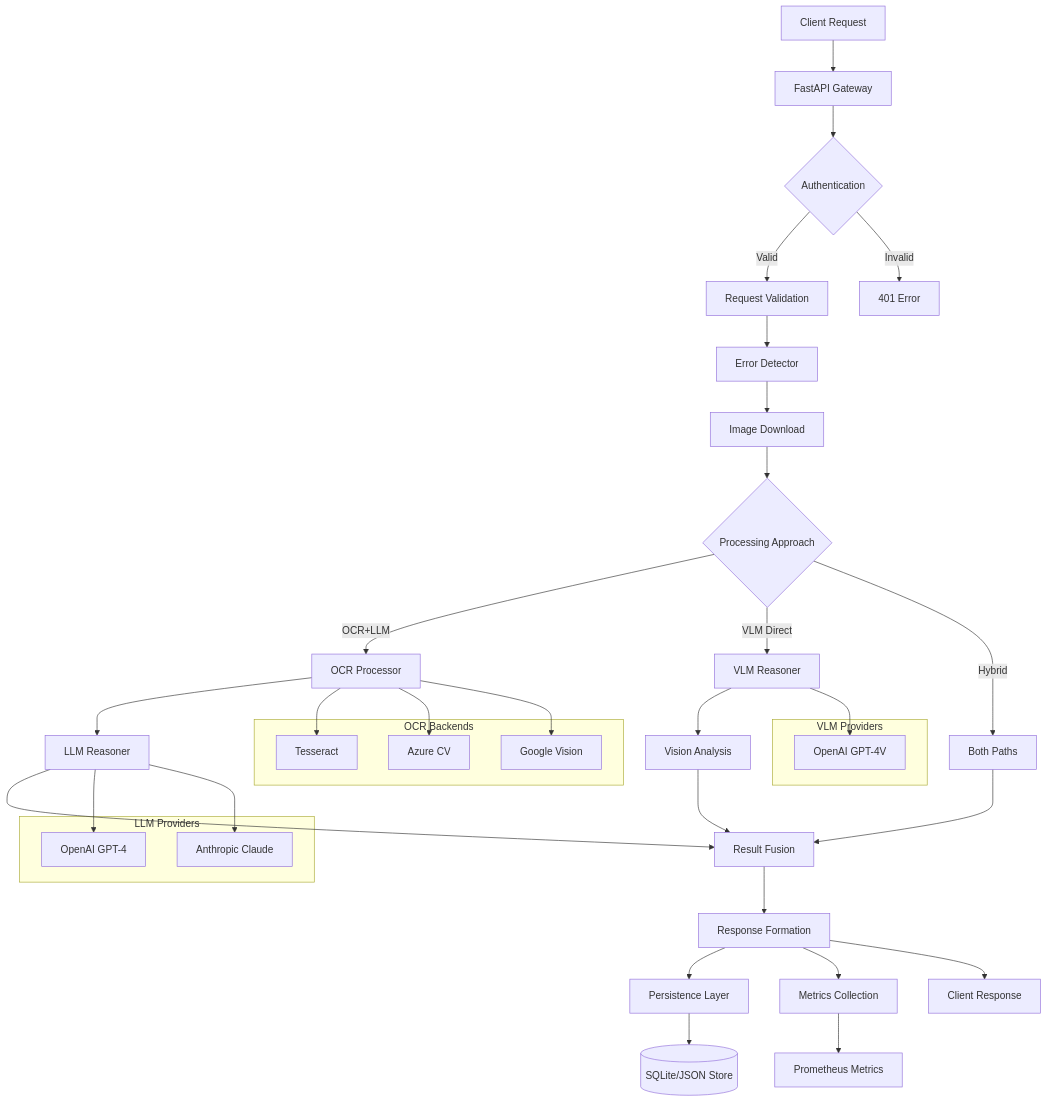
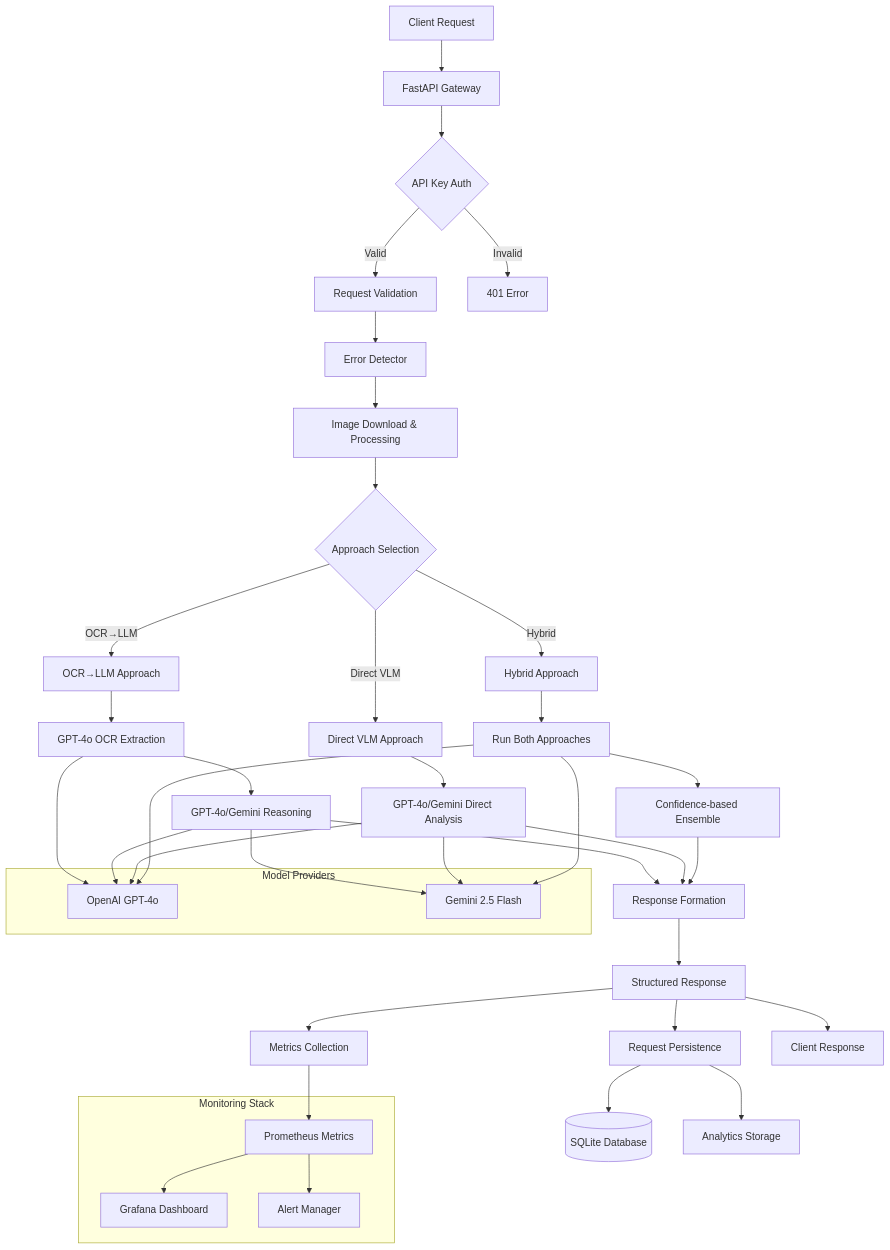
One commit to tamaghnadutta/tutor-vision-engine changed the diagram in docs/Architecture.md. Above: the diagram before and after it, drawn with Mermaid. The commit also changed other lines of this file and 30 other files, not shown here.

````diff
--- a/docs/Architecture.md
+++ b/docs/Architecture.md
@@ -9,50 +9,52 @@
 ```mermaid
 graph TD
     A[Client Request] --> B[FastAPI Gateway]
-    B --> C{Authentication}
+    B --> C{API Key Auth}
     C -->|Valid| D[Request Validation]
     C -->|Invalid| E[401 Error]
     D --> F[Error Detector]
-    F --> G[Image Download]
-    G --> H{Processing Approach}
+    F --> G[Image Download & Processing]
+    G --> H{Approach Selection}
 
-    H -->|OCR+LLM| I[OCR Processor]
-    H -->|VLM Direct| J[VLM Reasoner]
-    H -->|Hybrid| K[Both Paths]
+    H -->|OCR→LLM| I[OCR→LLM Approach]
+    H -->|Direct VLM| J[Direct VLM Approach]
+    H -->|Hybrid| K[Hybrid Approach]
 
-    I --> L[LLM Reasoner]
-    J --> M[Vision Analysis]
-    K --> N[Result Fusion]
-    L --> N
-    M --> N
+    I --> I1[GPT-4o OCR Extraction]
+    I1 --> I2[GPT-4o/Gemini Reasoning]
+    I2 --> N[Response Formation]
 
-    N --> O[Response Formation]
-    O --> P[Persistence Layer]
-    O --> Q[Metrics Collection]
+    J --> J1[GPT-4o/Gemini Direct Analysis]
+    J1 --> N
+
+    K --> K1[Run Both Approaches]
+    K1 --> K2[Confidence-based Ensemble]
+    K2 --> N
+
+    N --> O[Structured Response]
+    O --> P[Metrics Collection]
+    O --> Q[Request Persistence]
     O --> R[Client Response]
 
-    P --> S[(SQLite/JSON Store)]
-    Q --> T[Prometheus Metrics]
+    P --> S[Prometheus Metrics]
+    Q --> T[(SQLite Database)]
+    Q --> U[Analytics Storage]
 
-    subgraph "OCR Backends"
-        I1[Tesseract]
-        I2[Azure CV]
-        I3[Google Vision]
+    subgraph "Model Providers"
+        M1[OpenAI GPT-4o]
+        M2[Gemini 2.5 Flash]
     end
 
-    subgraph "LLM Providers"
-        L1[OpenAI GPT-4]
-        L2[Anthropic Claude]
+    subgraph "Monitoring Stack"
+        S --> V[Grafana Dashboard]
+        S --> W[Alert Manager]
     end
 
-    subgraph "VLM Providers"
-        J1[OpenAI GPT-4V]
-    end
-
-    I --> I1
-    I --> I2
-    I --> I3
-    L --> L1
-    L --> L2
-    J --> J1
+    I1 --> M1
+    I2 --> M1
+    I2 --> M2
+    J1 --> M1
+    J1 --> M2
+    K1 --> M1
+    K1 --> M2
 ```
````
